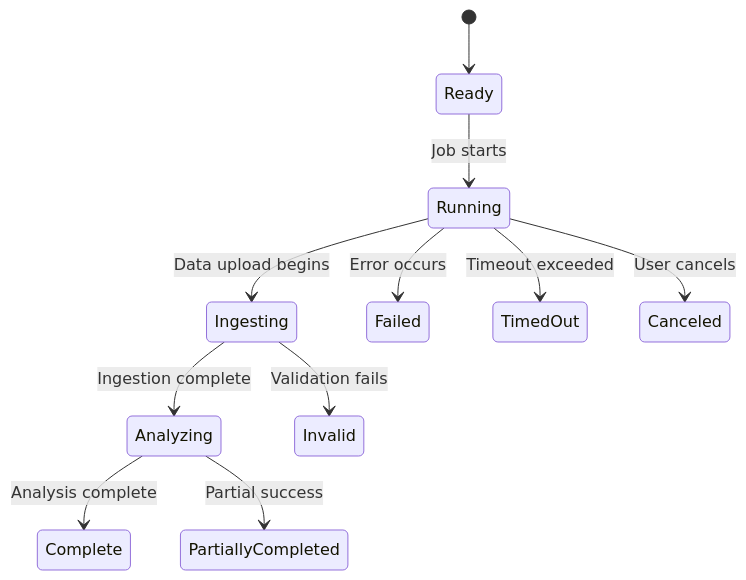
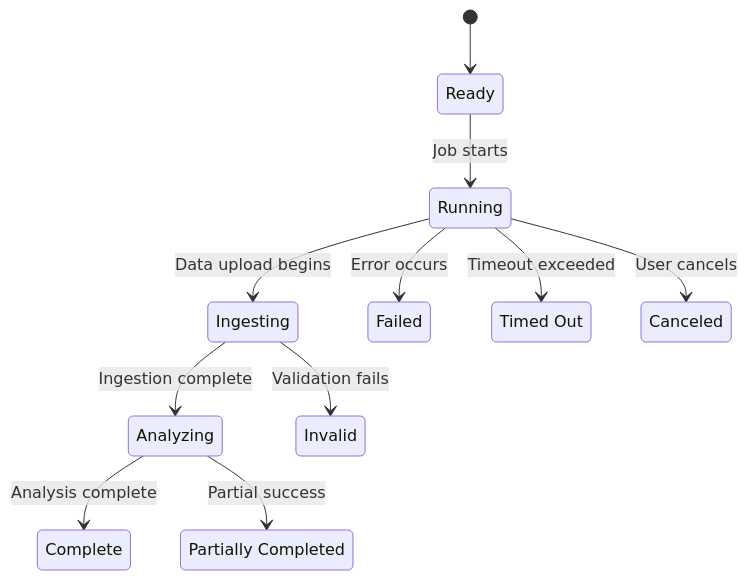
Before and after one commit to SpecterOps/bloodhound-docs: the diagram in docs/collect-data/enterprise-collection/monitor.mdx, drawn with Mermaid.

Commit message:
docs: apply suggestions from CR

````diff
--- a/docs/collect-data/enterprise-collection/monitor.mdx
+++ b/docs/collect-data/enterprise-collection/monitor.mdx
@@ -45,19 +45,19 @@
 ```mermaid
 stateDiagram-v2
     [*] --> Ready
     Ready --> Running: Job starts
     Running --> Ingesting: Data upload begins
     Running --> Failed: Error occurs
     Running --> TimedOut: Timeout exceeded
     Running --> Canceled: User cancels
     Ingesting --> Analyzing: Ingestion complete
     Ingesting --> Invalid: Validation fails
     Analyzing --> Complete: Analysis complete
     Analyzing --> PartiallyCompleted: Partial success
+    state "Timed Out" as TimedOut
+    state "Partially Completed" as PartiallyCompleted
     Complete
     Failed
-    TimedOut
     Canceled
-    PartiallyCompleted
     Invalid
 ```
````
